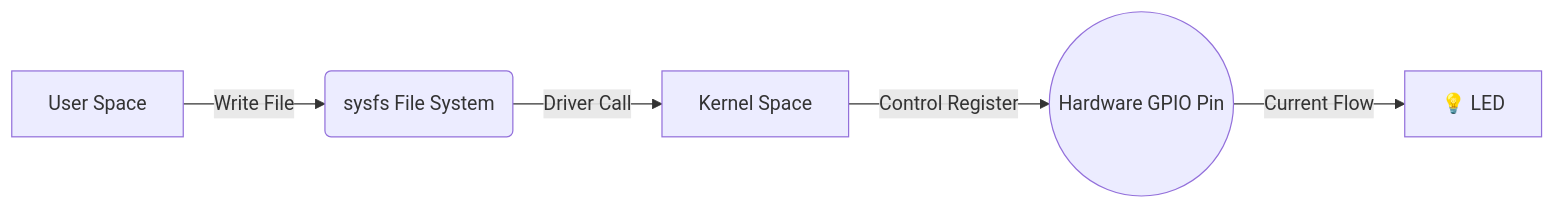
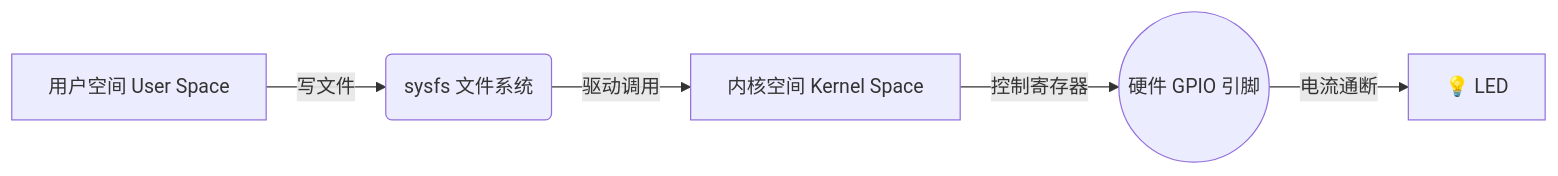
Before and after one commit to sharebravery/sharebravery.github.io: the diagram in docs/hardware/linux-gpio-guide.md, drawn with Mermaid. The commit also changed other lines of this file and 174 other files, not shown here.

````diff
--- a/docs/hardware/linux-gpio-guide.md
+++ b/docs/hardware/linux-gpio-guide.md
@@ -24,7 +24,7 @@
 ```mermaid
 graph LR
-    A[User Space] -->|Write File| B(sysfs File System)
-    B -->|Driver Call| C[Kernel Space]
-    C -->|Control Register| D((Hardware GPIO Pin))
-    D -->|Current Flow| E[💡 LED]
+    A[用户空间 User Space] -->|写文件| B(sysfs 文件系统)
+    B -->|驱动调用| C[内核空间 Kernel Space]
+    C -->|控制寄存器| D((硬件 GPIO 引脚))
+    D -->|电流通断| E[💡 LED]
 ```
````
